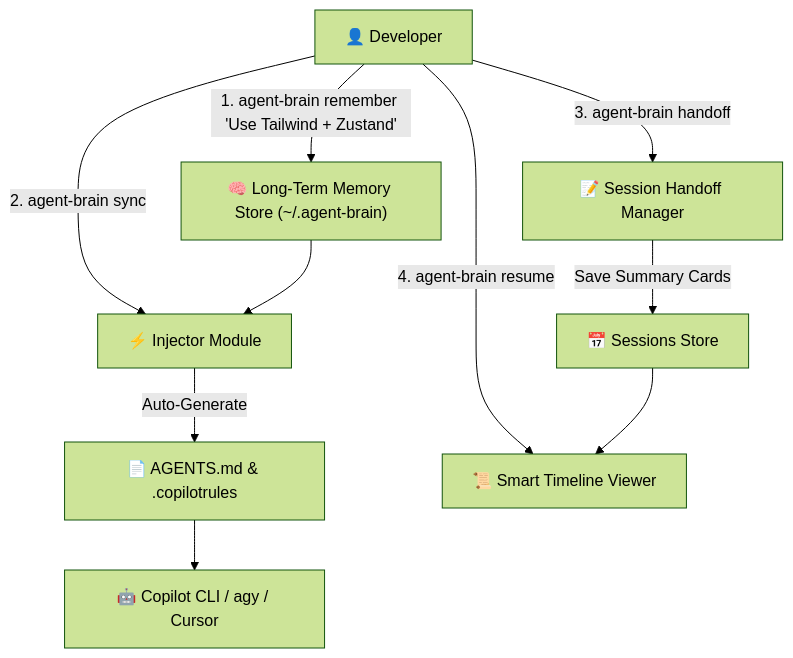
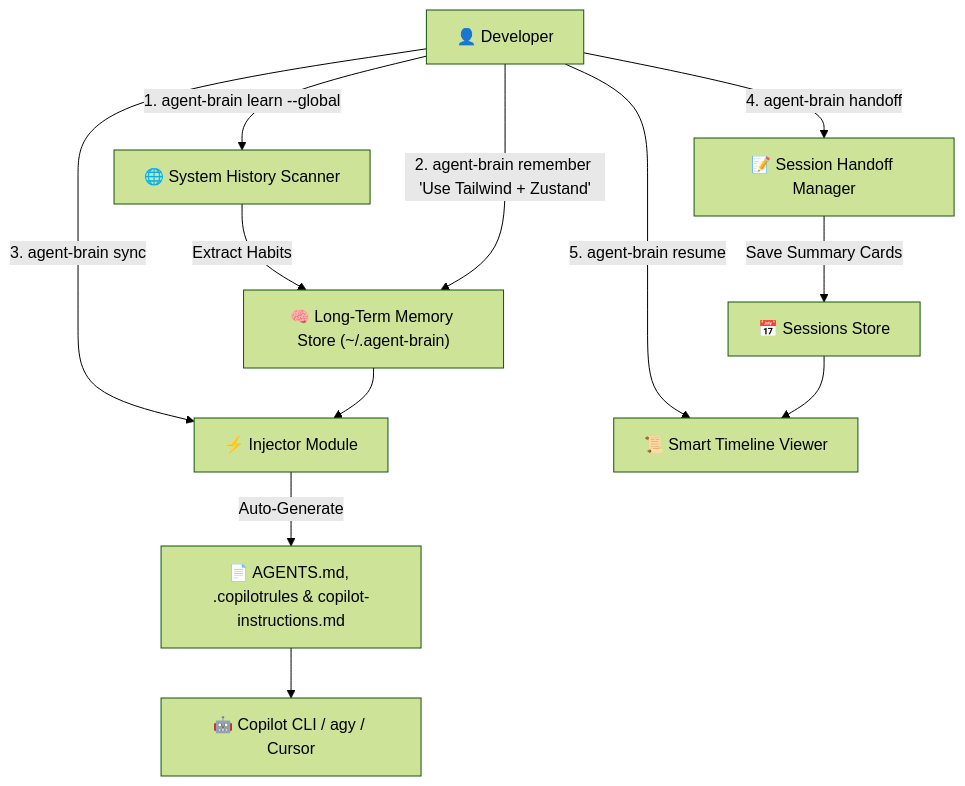
Before and after one commit to BingFengHung/agent-brain: the diagram in README.md, drawn with Mermaid (forest theme). The commit also changed other lines of this file and 1 other file, not shown here.

````diff
--- a/README.md
+++ b/README.md
@@ -25,14 +26,16 @@
 ```mermaid
 graph TD
-    User["👤 Developer"] -->|1. agent-brain remember 'Use Tailwind + Zustand'| Mem["🧠 Long-Term Memory Store (~/.agent-brain)"]
-    User -->|2. agent-brain sync| Inj["⚡ Injector Module"]
+    User["👤 Developer"] -->|1. agent-brain learn --global| Sys["🌐 System History Scanner"]
+    Sys -->|Extract Habits| Mem["🧠 Long-Term Memory Store (~/.agent-brain)"]
+    User -->|2. agent-brain remember 'Use Tailwind + Zustand'| Mem
+    User -->|3. agent-brain sync| Inj["⚡ Injector Module"]
     Mem --> Inj
-    Inj -->|Auto-Generate| AgtMD["📄 AGENTS.md & .copilotrules"]
+    Inj -->|Auto-Generate| AgtMD["📄 AGENTS.md, .copilotrules & copilot-instructions.md"]
     
     AgtMD --> Copilot["🤖 Copilot CLI / agy / Cursor"]
     
-    User -->|3. agent-brain handoff| Hand["📝 Session Handoff Manager"]
+    User -->|4. agent-brain handoff| Hand["📝 Session Handoff Manager"]
     Hand -->|Save Summary Cards| Snap["📅 Sessions Store"]
-    User -->|4. agent-brain resume| View["📜 Smart Timeline Viewer"]
+    User -->|5. agent-brain resume| View["📜 Smart Timeline Viewer"]
     Snap --> View
 ```
````
